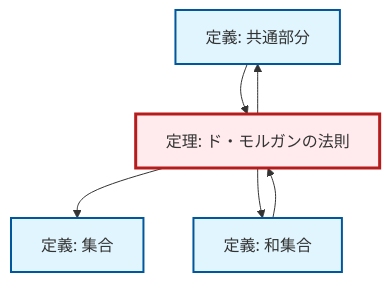
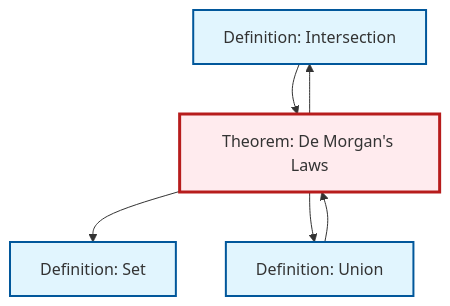
One commit to RK0429/ModernMath changed the diagram in content/ja/logic-set-theory/thm-de-morgan.qmd. Above: the diagram before and after it, drawn with Mermaid. The commit also changed 203 other files, not shown here.

````diff
--- a/content/ja/logic-set-theory/thm-de-morgan.qmd
+++ b/content/ja/logic-set-theory/thm-de-morgan.qmd
@@ -79,23 +79,19 @@
 ```{mermaid}
-%%| fig-cap: "ローカル依存関係グラフ"
+%%| fig-cap: "Local dependency graph"
 graph TD
     classDef definition fill:#e1f5fe,stroke:#01579b,stroke-width:2px
     classDef theorem fill:#f3e5f5,stroke:#4a148c,stroke-width:2px
     classDef axiom fill:#fff3e0,stroke:#e65100,stroke-width:2px
     classDef example fill:#e8f5e9,stroke:#1b5e20,stroke-width:2px
     classDef current fill:#ffebee,stroke:#b71c1c,stroke-width:3px
-    def-intersection["定義: 共通部分"]:::definition
-    def-union["定義: 和集合"]:::definition
-    def-set["定義: 集合"]:::definition
-    thm-de-morgan["定理: ド・モルガンの法則"]:::theorem
+    def-intersection["Definition: Intersection"]:::definition
+    def-union["Definition: Union"]:::definition
+    def-set["Definition: Set"]:::definition
+    thm-de-morgan["Theorem: De Morgan's Laws"]:::theorem
     thm-de-morgan --> def-set
     thm-de-morgan --> def-union
     def-union --> thm-de-morgan
     def-intersection --> thm-de-morgan
     thm-de-morgan --> def-intersection
     class thm-de-morgan current
-
-    click def-intersection "def-intersection.html" "Go to 定義: 共通部分"
-    click def-union "def-union.html" "Go to 定義: 和集合"
-    click def-set "def-set.html" "Go to 定義: 集合"
 ```
````
